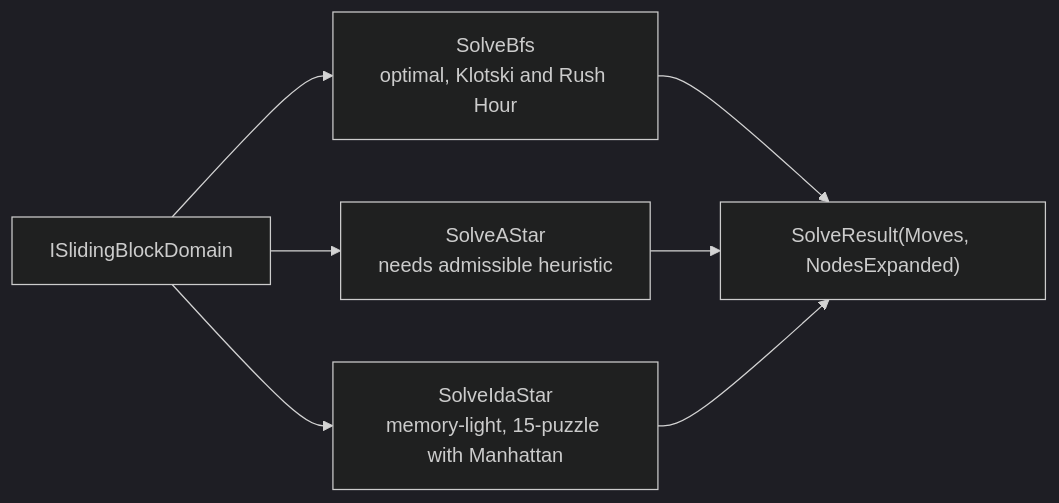
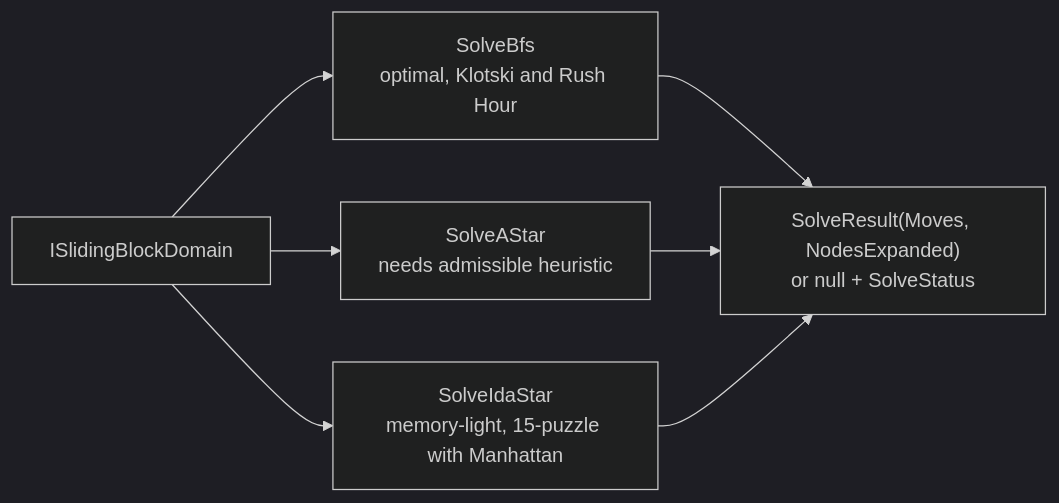
The second of 3 diagrams in docs/05-object-model.md (th3snark/E2e4.SlidingBlock.Logic), drawn with Mermaid (dark theme) before and after one commit. The commit also changed other lines of this file and 16 other files, not shown here.

First line of the commit message:
Prepare the repository for publication: docs, changelog, contributing guide, roadmap

````diff
--- a/docs/05-object-model.md
+++ b/docs/05-object-model.md
@@ -120,7 +129,7 @@
 ```mermaid
 flowchart LR
     D[ISlidingBlockDomain] --> B[SolveBfs<br/>optimal, Klotski and Rush Hour]
     D --> A[SolveAStar<br/>needs admissible heuristic]
     D --> I[SolveIdaStar<br/>memory-light, 15-puzzle with Manhattan]
-    B & A & I --> R["SolveResult(Moves, NodesExpanded)"]
+    B & A & I --> R["SolveResult(Moves, NodesExpanded)<br/>or null + SolveStatus"]
 ```
````
